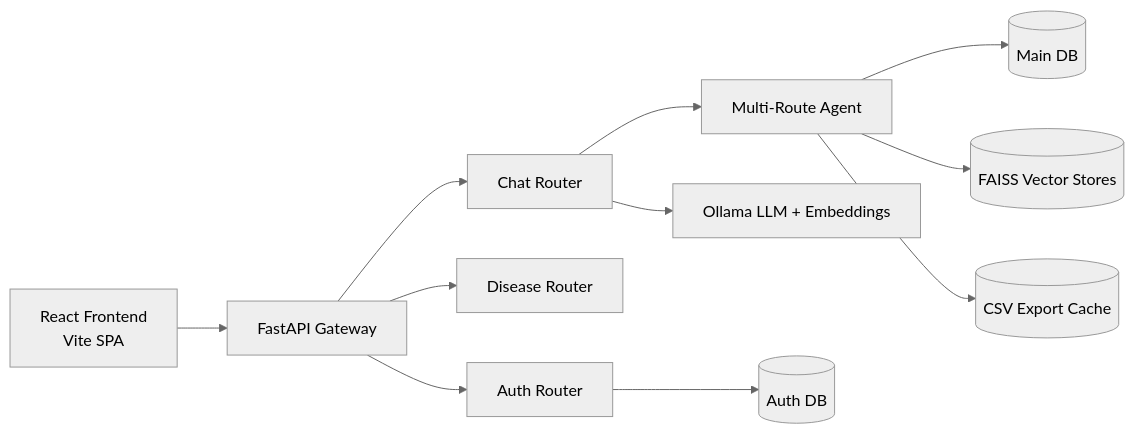
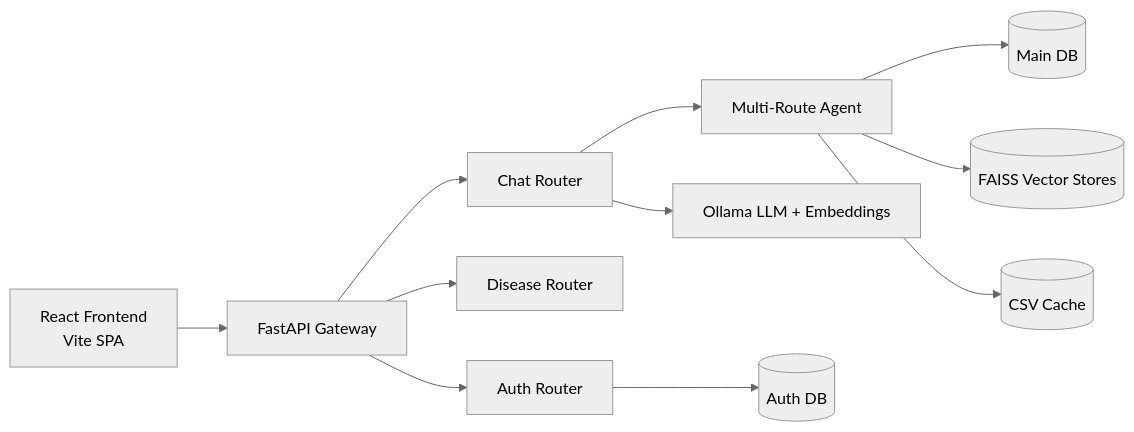
The first of 4 diagrams in README.md (Bdp226/Disease-Pathway), drawn with Mermaid (neutral theme) before and after one commit. The commit also changed other lines of this file and 1 other file, not shown here.

Commit message:
docs: upgrade README to research-grade architecture and evaluation spec

````diff
--- a/README.md
+++ b/README.md
@@ -25,13 +31,15 @@
 ```mermaid
 flowchart LR
     UI[React Frontend\nVite SPA] --> API[FastAPI Gateway]
     API --> AUTH[Auth Router]
     API --> DISEASE[Disease Router]
     API --> CHAT[Chat Router]
+
     CHAT --> AGENT[Multi-Route Agent]
     AGENT --> SQL[(Main DB)]
     AGENT --> VS[(FAISS Vector Stores)]
-    AGENT --> CSV[(CSV Export Cache)]
+    AGENT --> CSV[(CSV Cache)]
+
     CHAT --> OLLAMA[Ollama LLM + Embeddings]
     AUTH --> AUTHDB[(Auth DB)]
 ```
````
